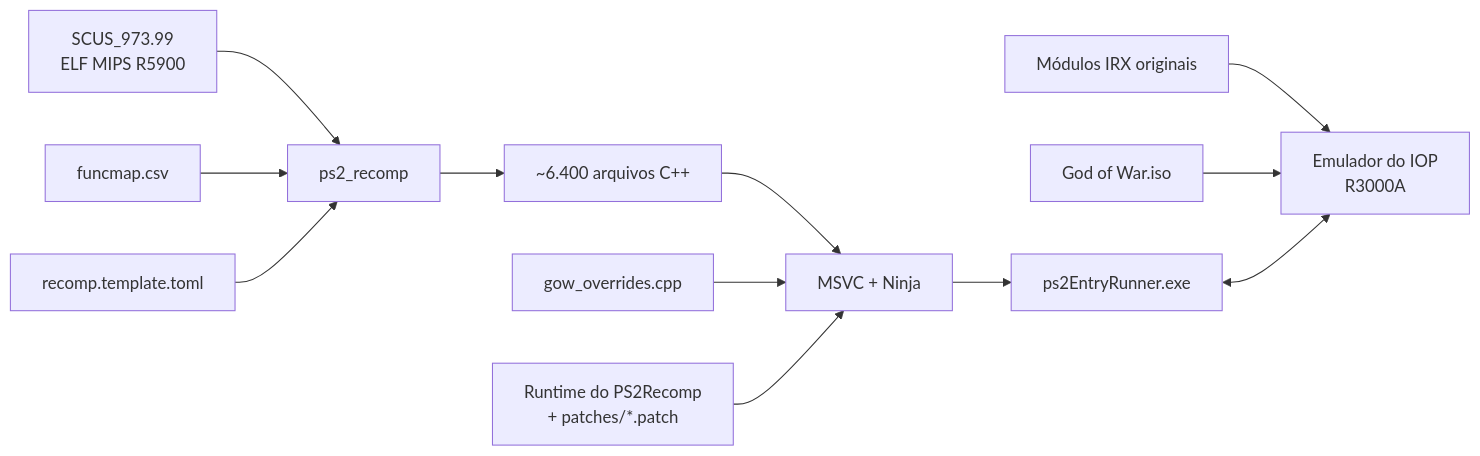
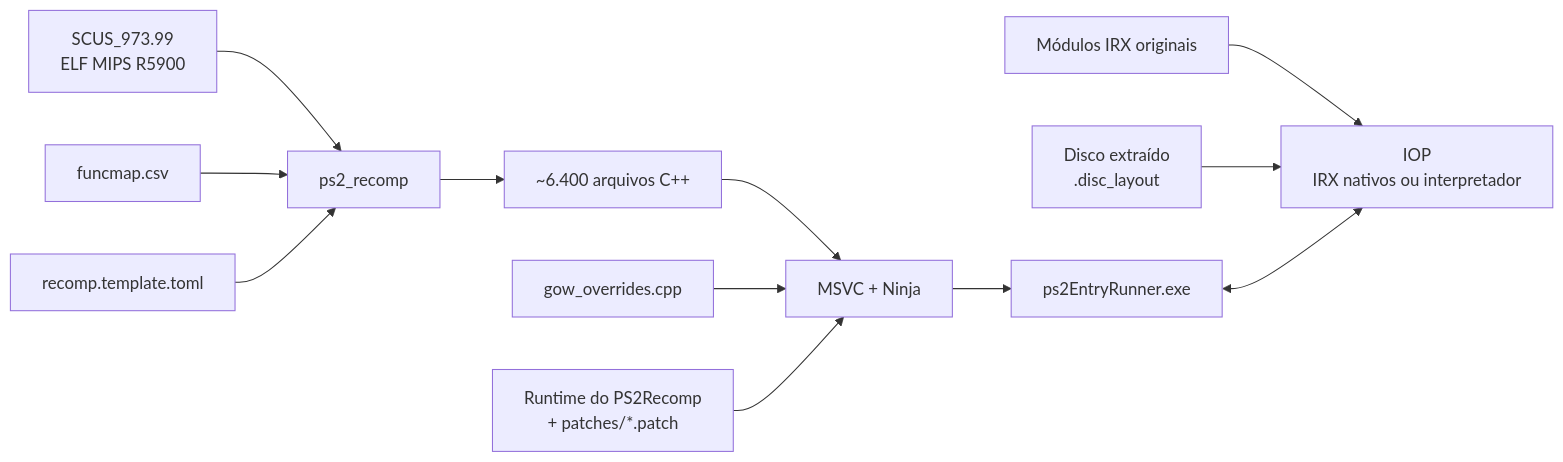
Before and after one commit to igormcsouza/god-of-war-recomp: the diagram in README.pt-BR.md, drawn with Mermaid. The commit also changed other lines of this file and 287 other files, not shown here.

````diff
--- a/README.pt-BR.md
+++ b/README.pt-BR.md
@@ -272,14 +211,14 @@
 ```mermaid
 flowchart LR
     A[SCUS_973.99<br/>ELF MIPS R5900] --> B[ps2_recomp]
     M[funcmap.csv] --> B
     C[recomp.template.toml] --> B
     B --> D[~6.400 arquivos C++]
     D --> E[MSVC + Ninja]
     O[gow_overrides.cpp] --> E
     P["Runtime do PS2Recomp<br/>+ patches/*.patch"] --> E
     E --> F[ps2EntryRunner.exe]
-    I[Módulos IRX originais] --> G[Emulador do IOP<br/>R3000A]
-    ISO[God of War.iso] --> G
+    I[Módulos IRX originais] --> G[IOP<br/>IRX nativos ou interpretador]
+    ISO["Disco extraído<br/>.disc_layout"] --> G
     F <--> G
 ```
````
